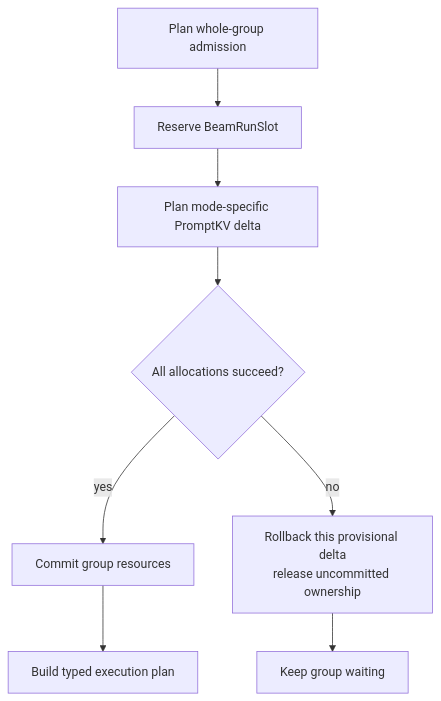
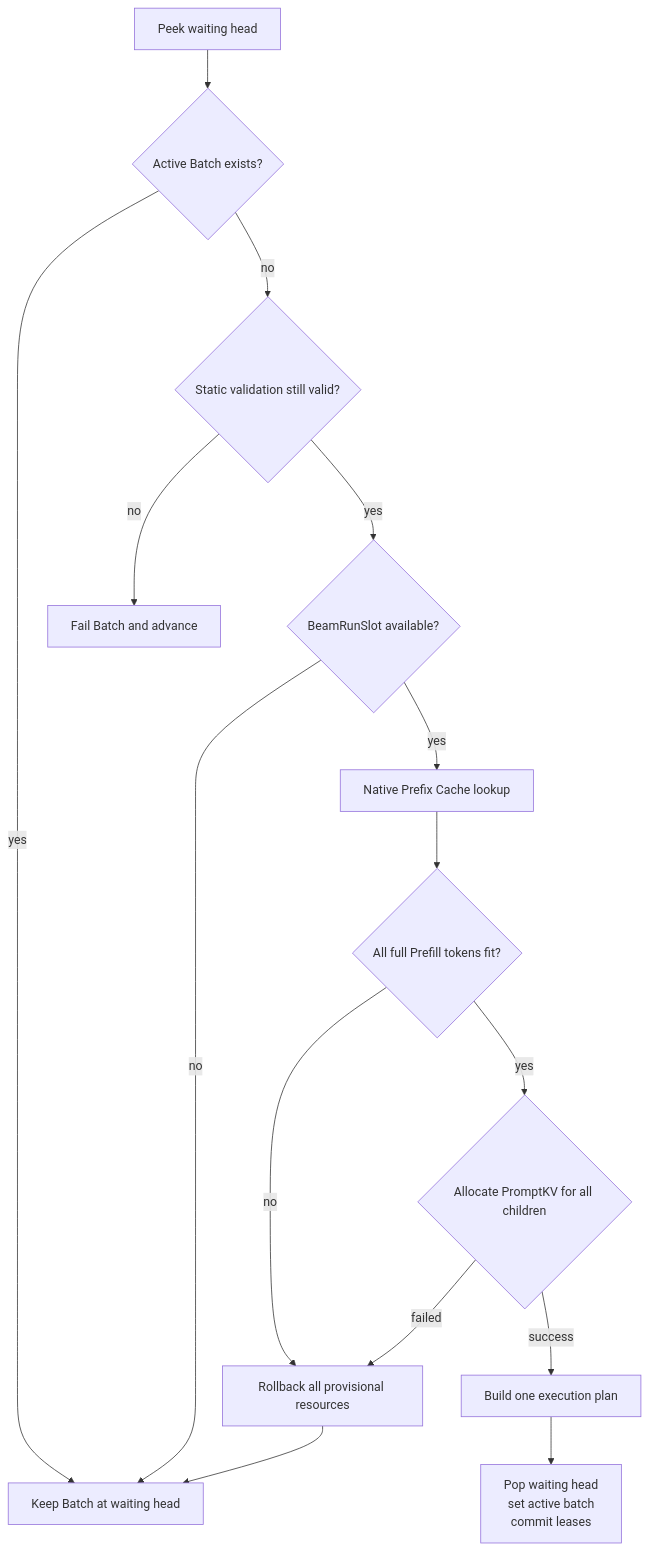
Before and after one commit to zhanghanleo10/gr-related: the fourth of 9 diagrams in vllm-GR/enginecore_to_scheduler_beam_scheduling_design.md, drawn with Mermaid. The commit also changed other lines of this file, not shown here.

Commit message:
docs: simplify Beam Batch scheduling

````diff
--- a/vllm-GR/enginecore_to_scheduler_beam_scheduling_design.md
+++ b/vllm-GR/enginecore_to_scheduler_beam_scheduling_design.md
@@ -629,15 +699,30 @@
 ```mermaid
-flowchart TD
-    PLAN[Plan whole-group admission]
-    SLOT[Reserve BeamRunSlot]
-    KV[Plan mode-specific PromptKV delta]
-    OK{All allocations succeed?}
-    COMMIT[Commit group resources]
-    OUTPUT[Build typed execution plan]
-    ROLLBACK[Rollback this provisional delta<br/>release uncommitted ownership]
-    WAIT[Keep group waiting]
+flowchart TB
+    HEAD[Peek waiting head]
+    ACTIVE{Active Batch exists?}
+    STATIC{Static validation still valid?}
+    SLOT{BeamRunSlot available?}
+    PREFIX[Native Prefix Cache lookup]
+    TOKENS{All full Prefill tokens fit?}
+    KV{Allocate PromptKV for all children}
+    BUILD[Build one execution plan]
+    COMMIT[Pop waiting head<br/>set active batch<br/>commit leases]
+    WAIT[Keep Batch at waiting head]
+    FAIL[Fail Batch and advance]
+    ROLLBACK[Rollback all provisional resources]
 
-    PLAN --> SLOT --> KV --> OK
-    OK -->|yes| COMMIT --> OUTPUT
-    OK -->|no| ROLLBACK --> WAIT
+    HEAD --> ACTIVE
+    ACTIVE -->|yes| WAIT
+    ACTIVE -->|no| STATIC
+    STATIC -->|no| FAIL
+    STATIC -->|yes| SLOT
+    SLOT -->|no| WAIT
+    SLOT -->|yes| PREFIX
+    PREFIX --> TOKENS
+    TOKENS -->|no| ROLLBACK
+    ROLLBACK --> WAIT
+    TOKENS -->|yes| KV
+    KV -->|failed| ROLLBACK
+    KV -->|success| BUILD
+    BUILD --> COMMIT
 ```
````
